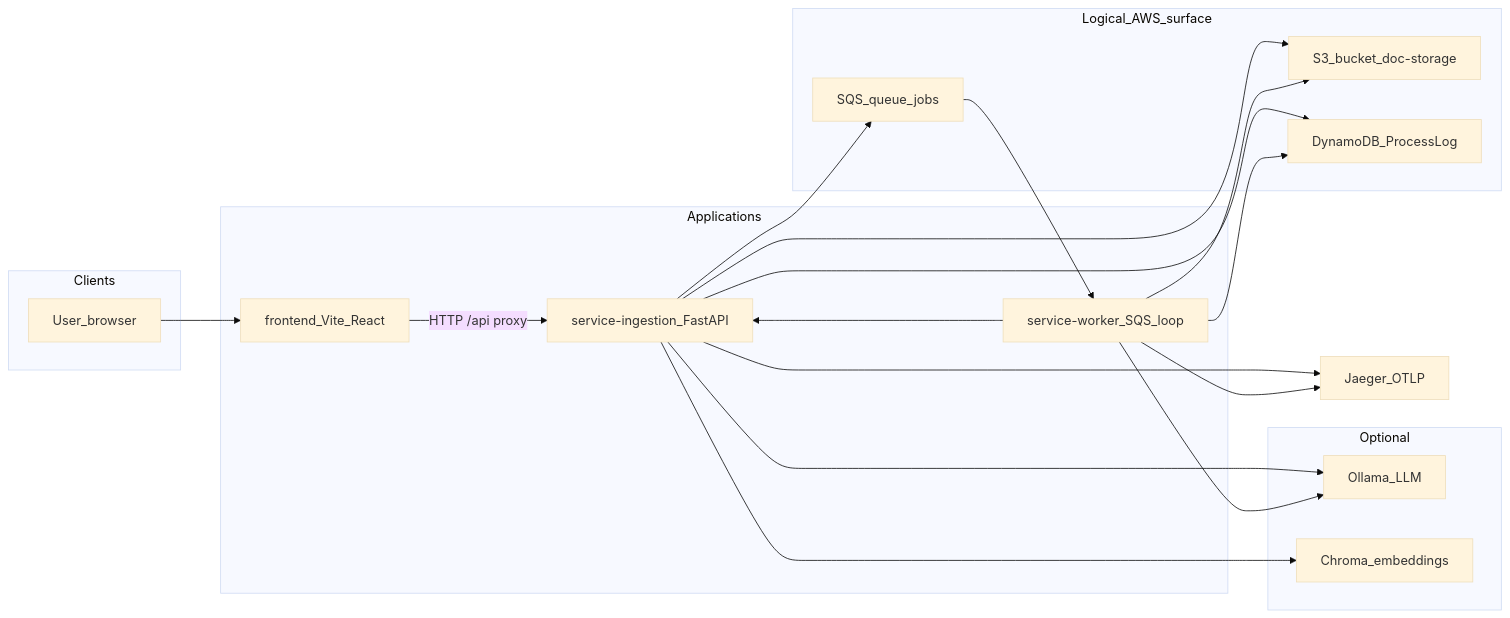
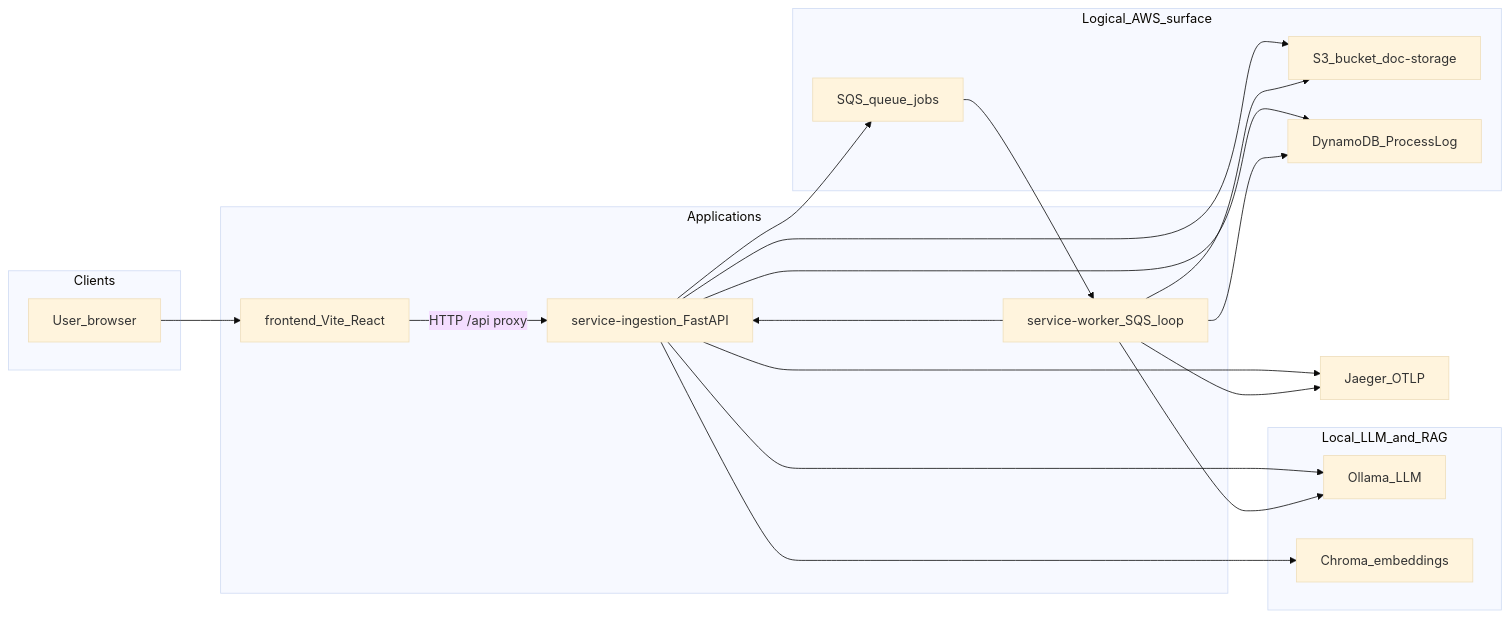
Before and after one commit to will-dabeest/document-proccessing-agent: the first of 5 diagrams in docs/architecture.md, drawn with Mermaid (base theme). The commit also changed other lines of this file and 23 other files, not shown here.

````diff
--- a/docs/architecture.md
+++ b/docs/architecture.md
@@ -9,35 +9,35 @@
 ```mermaid
 flowchart LR
   subgraph userLayer [Clients]
     User[User_browser]
   end
   subgraph apps [Applications]
     Frontend[frontend_Vite_React]
     Ingestion[service-ingestion_FastAPI]
     Worker[service-worker_SQS_loop]
   end
   subgraph dataPlane [Logical_AWS_surface]
     S3[S3_bucket_doc-storage]
     SQS[SQS_queue_jobs]
     DDB[DynamoDB_ProcessLog]
   end
-  subgraph optional [Optional]
+  subgraph localLlmRag [Local_LLM_and_RAG]
     Ollama[Ollama_LLM]
     Chroma[Chroma_embeddings]
   end
   Jaeger[Jaeger_OTLP]
   User --> Frontend
   Frontend -->|"HTTP /api proxy"| Ingestion
   Ingestion --> S3
   Ingestion --> SQS
   Ingestion --> DDB
   Ingestion --> Chroma
   Ingestion --> Ollama
   Ingestion --> Jaeger
   SQS --> Worker
   Worker --> S3
   Worker --> DDB
   Worker --> Ingestion
   Worker --> Ollama
   Worker --> Jaeger
 ```
````
